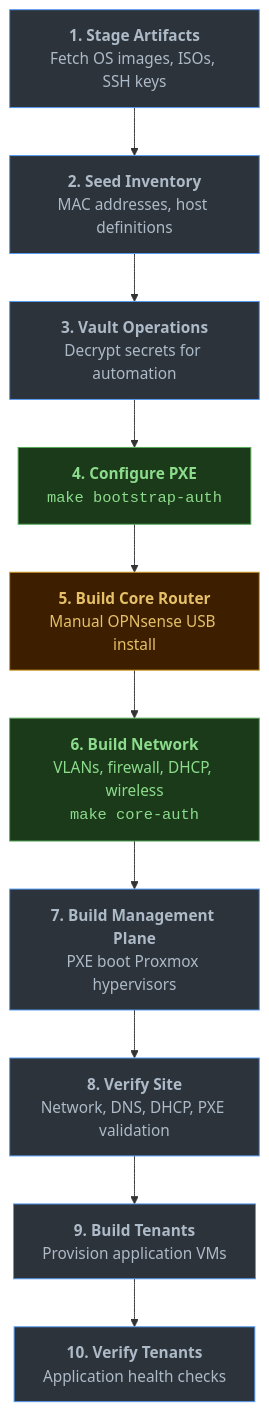
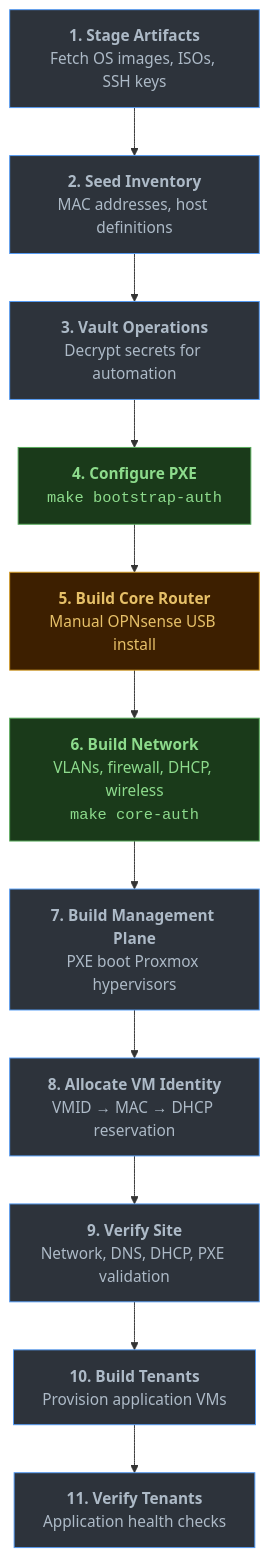
One commit to deevnet/deevnet-docs changed the diagram in content/docs/runbook/building-recovery/_index.md. Above: the diagram before and after it, drawn with Mermaid. The commit also changed other lines of this file and 5 other files, not shown here.

```diff
--- a/content/docs/runbook/building-recovery/_index.md
+++ b/content/docs/runbook/building-recovery/_index.md
@@ -58,19 +61,20 @@
 {{< mermaid >}}
 flowchart TD
     A["<b>1. Stage Artifacts</b><br/>Fetch OS images, ISOs, SSH keys"]
     B["<b>2. Seed Inventory</b><br/>MAC addresses, host definitions"]
     C["<b>3. Vault Operations</b><br/>Decrypt secrets for automation"]
     D["<b>4. Configure PXE</b><br/><code>make bootstrap-auth</code>"]:::transition
     E["<b>5. Build Core Router</b><br/>Manual OPNsense USB install"]:::manual
     F["<b>6. Build Network</b><br/>VLANs, firewall, DHCP, wireless<br/><code>make core-auth</code>"]:::transition
     G["<b>7. Build Management Plane</b><br/>PXE boot Proxmox hypervisors"]
-    H["<b>8. Verify Site</b><br/>Network, DNS, DHCP, PXE validation"]
-    I["<b>9. Build Tenants</b><br/>Provision application VMs"]
-    J["<b>10. Verify Tenants</b><br/>Application health checks"]
+    H["<b>8. Allocate VM Identity</b><br/>VMID &rarr; MAC &rarr; DHCP reservation"]
+    I["<b>9. Verify Site</b><br/>Network, DNS, DHCP, PXE validation"]
+    J["<b>10. Build Tenants</b><br/>Provision application VMs"]
+    K["<b>11. Verify Tenants</b><br/>Application health checks"]
 
-    A --> B --> C --> D --> E --> F --> G --> H --> I --> J
+    A --> B --> C --> D --> E --> F --> G --> H --> I --> J --> K
 
     classDef default fill:#2d333b,stroke:#539bf5,color:#adbac7
     classDef transition fill:#1a3a1a,stroke:#57ab5a,color:#8ddb8c
     classDef manual fill:#3d1f00,stroke:#d29922,color:#e6c068
 {{< /mermaid >}}
```
